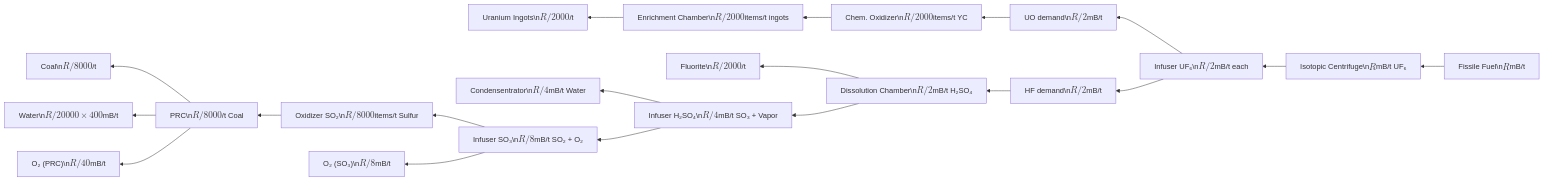
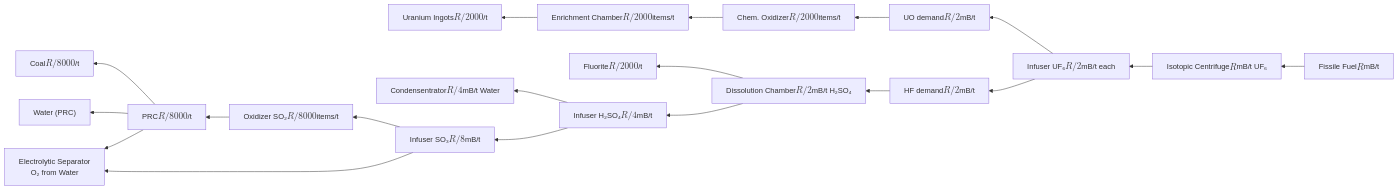
The second of 3 diagrams in docs/mekanism/fissile-fuel-production.md (Kiwifan1/Kiwifan1.github.io), drawn with Mermaid before and after one commit. The commit also changed 1 other file, not shown here.

Commit message:
Fix Mermaid rendering: replace backslash-n with br tags, clean up formula diagram, fix ceil notation

````diff
--- a/docs/mekanism/fissile-fuel-production.md
+++ b/docs/mekanism/fissile-fuel-production.md
@@ -226,23 +226,23 @@
 ```mermaid
 flowchart RL
-    FF["Fissile Fuel\n$$R$$ mB/t"] --> IC["Isotopic Centrifuge\n$$R$$ mB/t UF₆"]
-    IC --> CIuf["Infuser UF₆\n$$R/2$$ mB/t each"]
-    CIuf --> UO["UO demand\n$$R/2$$ mB/t"]
-    CIuf --> HF["HF demand\n$$R/2$$ mB/t"]
+    FF["Fissile Fuel<br>$$R$$ mB/t"] --> IC["Isotopic Centrifuge<br>$$R$$ mB/t UF₆"]
+    IC --> CIuf["Infuser UF₆<br>$$R/2$$ mB/t each"]
+    CIuf --> UO["UO demand<br>$$R/2$$ mB/t"]
+    CIuf --> HF["HF demand<br>$$R/2$$ mB/t"]
 
-    UO --> COu["Chem. Oxidizer\n$$R/2000$$ items/t YC"]
-    COu --> ECh["Enrichment Chamber\n$$R/2000$$ items/t ingots"]
-    ECh --> Ingots["Uranium Ingots\n$$R/2000$$ /t"]
+    UO --> COu["Chem. Oxidizer<br>$$R/2000$$ items/t"]
+    COu --> ECh["Enrichment Chamber<br>$$R/2000$$ items/t"]
+    ECh --> Ingots["Uranium Ingots<br>$$R/2000$$ /t"]
 
-    HF --> CDC["Dissolution Chamber\n$$R/2$$ mB/t H₂SO₄"]
-    CDC --> Fl["Fluorite\n$$R/2000$$ /t"]
-    CDC --> CIh2so4["Infuser H₂SO₄\n$$R/4$$ mB/t SO₃ + Vapor"]
-    CIh2so4 --> Vapor["Condensentrator\n$$R/4$$ mB/t Water"]
-    CIh2so4 --> CIso3["Infuser SO₃\n$$R/8$$ mB/t SO₂ + O₂"]
-    CIso3 --> COs["Oxidizer SO₂\n$$R/8000$$ items/t Sulfur"]
-    COs --> PRC["PRC\n$$R/8000$$ /t Coal"]
-    PRC --> Coal["Coal\n$$R/8000$$ /t"]
-    PRC --> WaterB["Water\n$$R/20000 \times 400$$ mB/t"]
-    PRC --> O2prc["O₂ (PRC)\n$$R/40$$ mB/t"]
-    CIso3 --> O2so3["O₂ (SO₃)\n$$R/8$$ mB/t"]
+    HF --> CDC["Dissolution Chamber<br>$$R/2$$ mB/t H₂SO₄"]
+    CDC --> Fl["Fluorite<br>$$R/2000$$ /t"]
+    CDC --> CIh2so4["Infuser H₂SO₄<br>$$R/4$$ mB/t"]
+    CIh2so4 --> Vapor["Condensentrator<br>$$R/4$$ mB/t Water"]
+    CIh2so4 --> CIso3["Infuser SO₃<br>$$R/8$$ mB/t"]
+    CIso3 --> COs["Oxidizer SO₂<br>$$R/8000$$ items/t"]
+    COs --> PRC["PRC<br>$$R/8000$$ /t"]
+    PRC --> Coal["Coal<br>$$R/8000$$ /t"]
+    PRC --> WaterB["Water (PRC)"]
+    CIso3 --> ES["Electrolytic Separator<br>O₂ from Water"]
+    PRC --> ES
 ```
````
